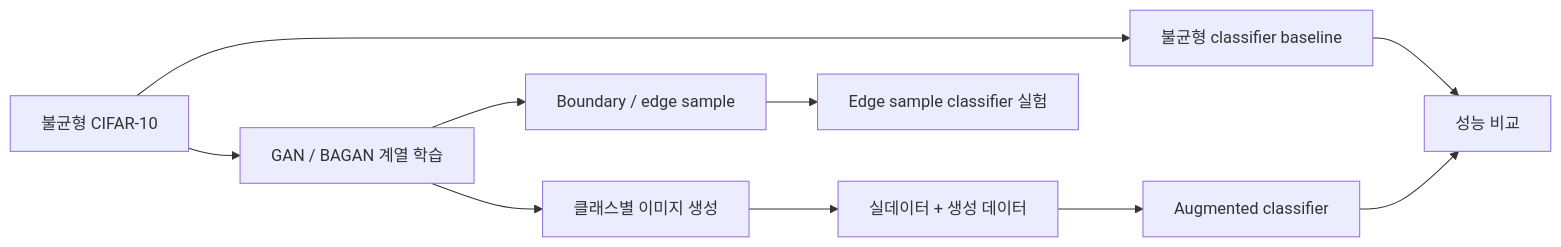
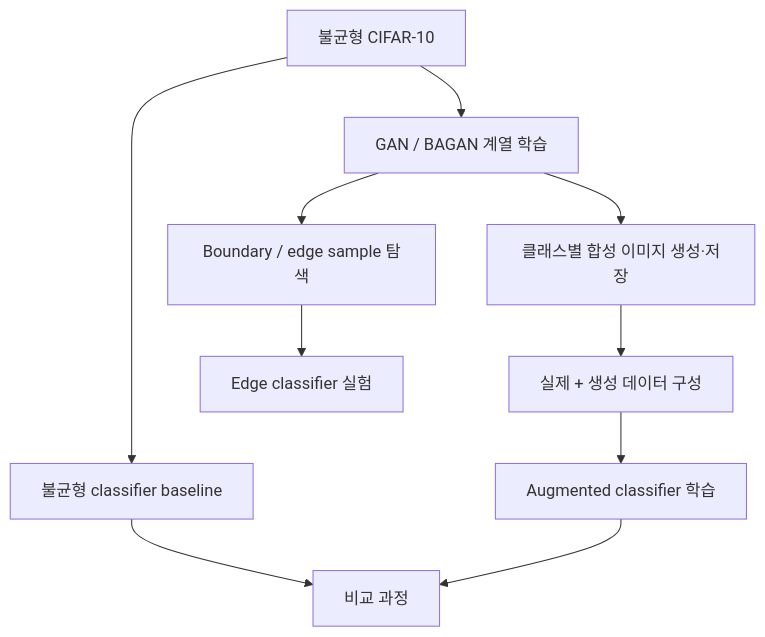
One commit to DDohyeon2941/gan-for-imbalanced-image-data changed the fourth of 5 diagrams in README.md. Above: the diagram before and after it, drawn with Mermaid. The commit also changed other lines of this file and 7 other files, not shown here.

````diff
--- a/README.md
+++ b/README.md
@@ -190,12 +84,12 @@
 ```mermaid
-flowchart LR
-    IMB[불균형 CIFAR-10] --> GAN[GAN / BAGAN 계열 학습]
-    GAN --> GEN[클래스별 이미지 생성]
-    IMB --> BASE[불균형 classifier baseline]
-    GEN --> AUG[실데이터 + 생성 데이터]
-    AUG --> ACLF[Augmented classifier]
-    BASE --> CMP[성능 비교]
-    ACLF --> CMP
-    GAN --> EDGE[Boundary / edge sample]
-    EDGE --> ECLF[Edge sample classifier 실험]
+flowchart TD
+    D[불균형 CIFAR-10] --> G[GAN / BAGAN 계열 학습]
+    G --> S[클래스별 합성 이미지 생성·저장]
+    D --> B[불균형 classifier baseline]
+    S --> A[실제 + 생성 데이터 구성]
+    A --> C[Augmented classifier 학습]
+    B --> X[비교 과정]
+    C --> X
+    G --> E[Boundary / edge sample 탐색]
+    E --> EC[Edge classifier 실험]
 ```
````
